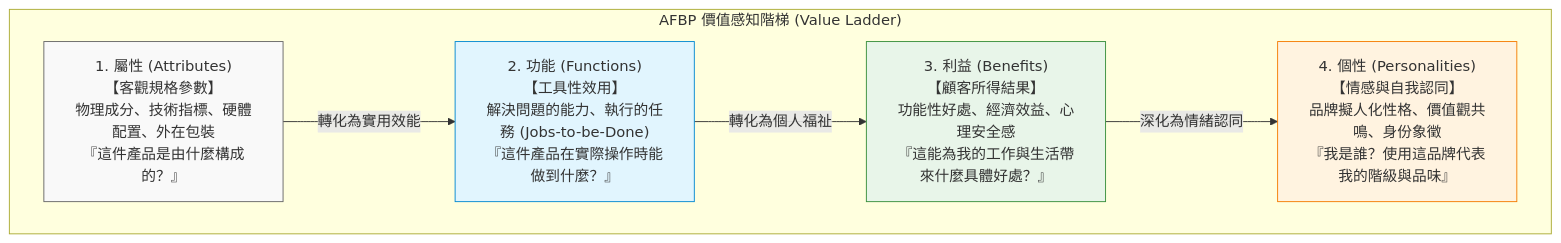
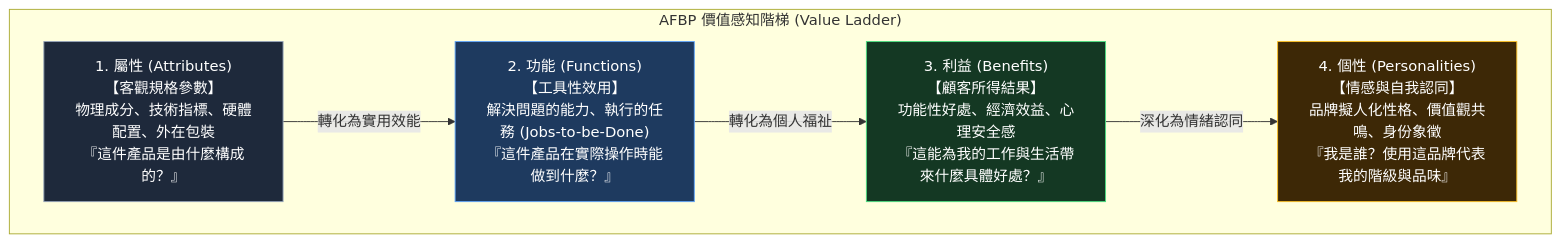
The diagram in src/site/notes/98_商業概念庫/AFBP框架.md (Jimlin0428/my-digital-garden), drawn with Mermaid before and after one commit. The commit also changed 58 other files, not shown here.

````diff
--- a/src/site/notes/98_商業概念庫/AFBP框架.md
+++ b/src/site/notes/98_商業概念庫/AFBP框架.md
@@ -19,18 +19,18 @@
 ```mermaid
 flowchart TD
     subgraph 認知抽象度躍升 ["AFBP 價值感知階梯 (Value Ladder)"]
         P["4. 個性 (Personalities)<br>【情感與自我認同】<br>品牌擬人化性格、價值觀共鳴、身份象徵<br>『我是誰？使用這品牌代表我的階級與品味』"]
         B["3. 利益 (Benefits)<br>【顧客所得結果】<br>功能性好處、經濟效益、心理安全感<br>『這能為我的工作與生活帶來什麼具體好處？』"]
         F["2. 功能 (Functions)<br>【工具性效用】<br>解決問題的能力、執行的任務 (Jobs-to-be-Done)<br>『這件產品在實際操作時能做到什麼？』"]
         A["1. 屬性 (Attributes)<br>【客觀規格參數】<br>物理成分、技術指標、硬體配置、外在包裝<br>『這件產品是由什麼構成的？』"]
     end
 
     A -->|"轉化為實用效能"| F
     F -->|"轉化為個人福祉"| B
     B -->|"深化為情緒認同"| P
 
-    style A fill:#f9f9f9,stroke:#666
-    style F fill:#e1f5fe,stroke:#0288d1
-    style B fill:#e8f5e9,stroke:#388e3c
-    style P fill:#fff3e0,stroke:#f57c00
+    style A fill:#1e293b,stroke:#94a3b8,color:#ffffff
+    style F fill:#1e3a5f,stroke:#60a5fa,color:#ffffff
+    style B fill:#143823,stroke:#4ade80,color:#ffffff
+    style P fill:#3d2806,stroke:#fbbf24,color:#ffffff
 ```
````
